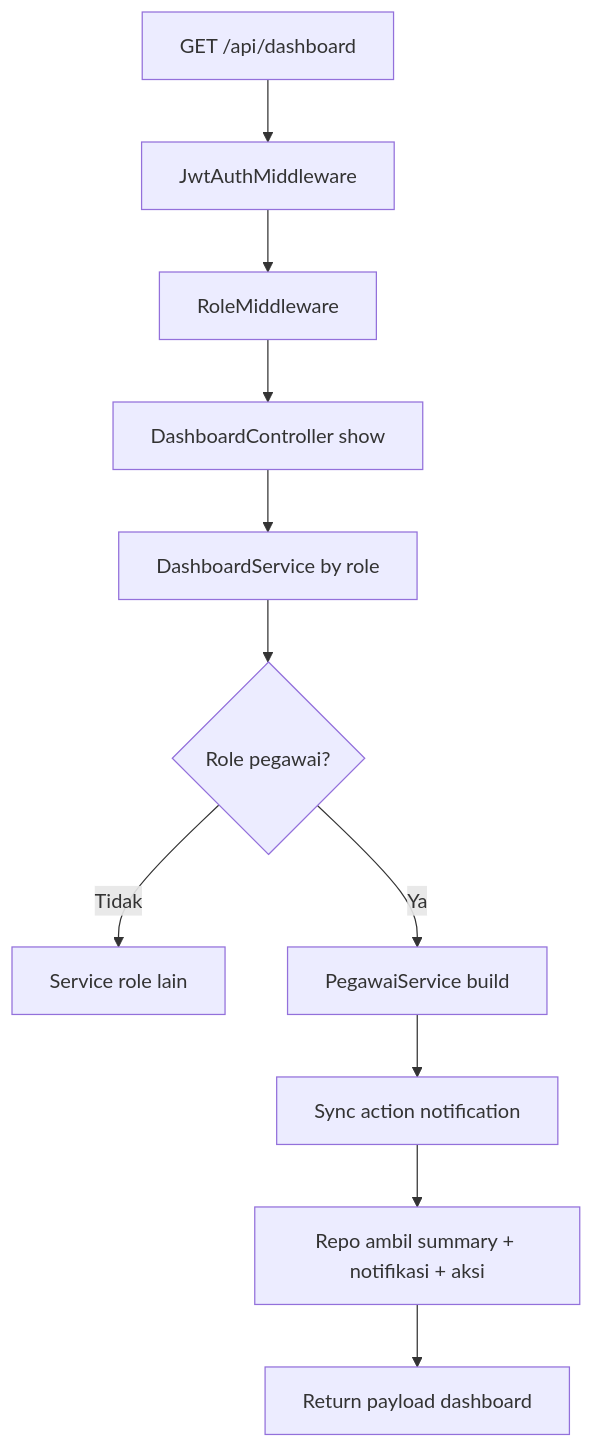
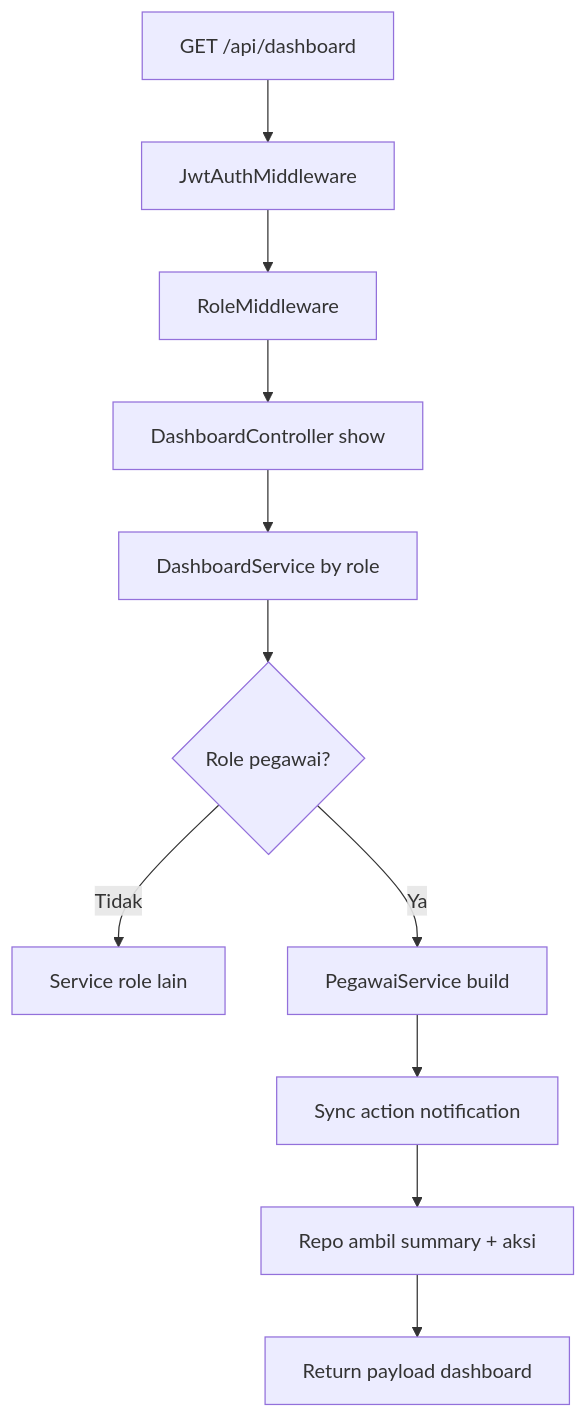
One commit to widy4aa/BE-SIMPEG-RSKALISAT changed the seventh of 20 diagrams in dokumentasi/dokumentasi_app.md. Above: the diagram before and after it, drawn with Mermaid. The commit also changed other lines of this file and 12 other files, not shown here.

````diff
--- a/dokumentasi/dokumentasi_app.md
+++ b/dokumentasi/dokumentasi_app.md
@@ -285,13 +284,13 @@
 ```mermaid
 flowchart TD
 	A[GET /api/dashboard] --> B[JwtAuthMiddleware]
 	B --> C[RoleMiddleware]
 	C --> D[DashboardController show]
 	D --> E[DashboardService by role]
 	E --> F{Role pegawai?}
 	F -- Tidak --> G[Service role lain]
 	F -- Ya --> H[PegawaiService build]
 	H --> I[Sync action notification]
-	I --> J[Repo ambil summary + notifikasi + aksi]
+	I --> J[Repo ambil summary + aksi]
 	J --> K[Return payload dashboard]
 ```
````
